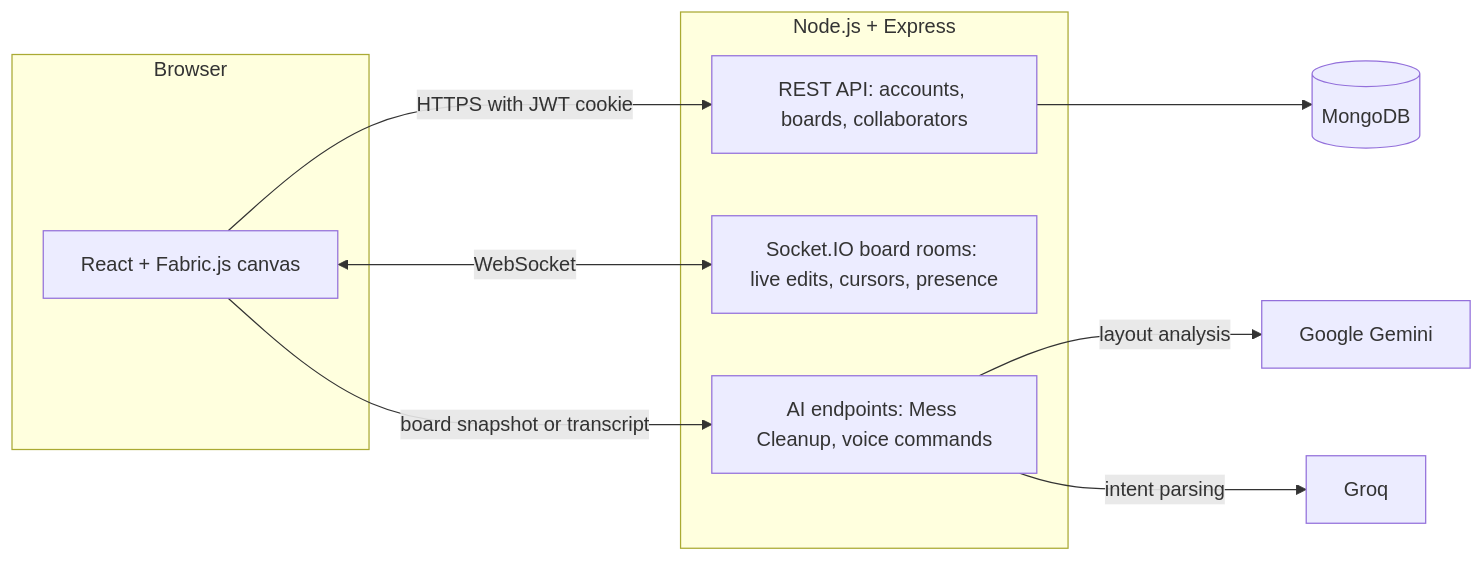
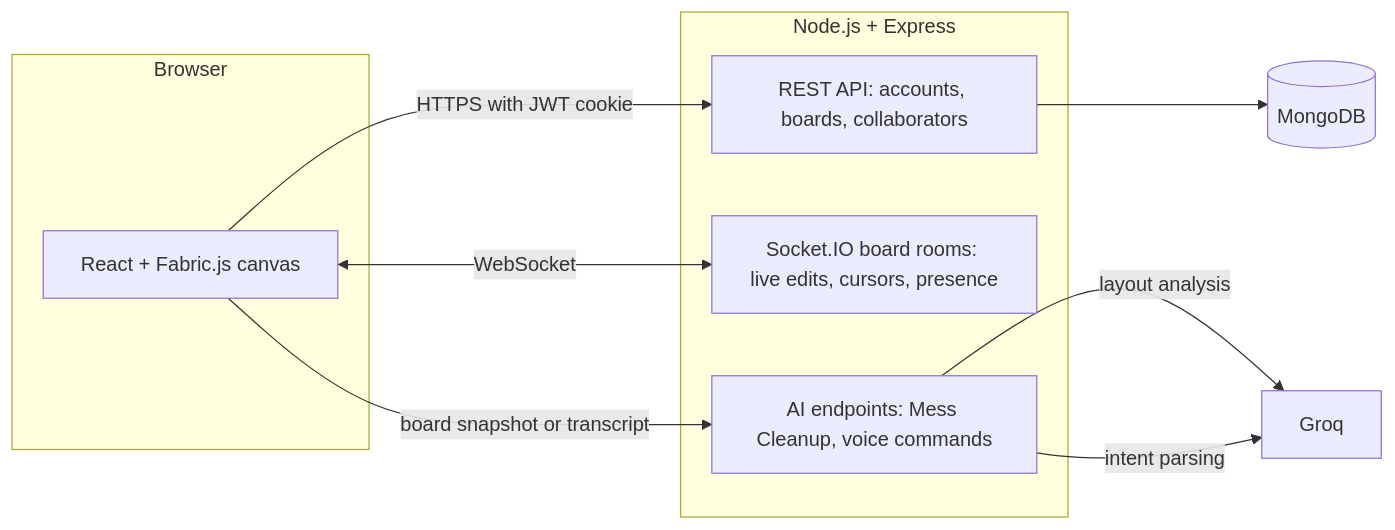
One commit to EXCALIBUR-cmd/Skribe changed the diagram in README.md. Above: the diagram before and after it, drawn with Mermaid. The commit also changed other lines of this file and 4 other files, not shown here.

First line of the commit message:
feat(mess-cleanup): run board analysis on Groq instead of Gemini

````diff
--- a/README.md
+++ b/README.md
@@ -92,17 +92,17 @@
 ```mermaid
 flowchart LR
   subgraph Browser
     UI["React + Fabric.js canvas"]
   end
   subgraph Server["Node.js + Express"]
     API["REST API: accounts, boards, collaborators"]
     RT["Socket.IO board rooms: live edits, cursors, presence"]
     AI["AI endpoints: Mess Cleanup, voice commands"]
   end
   UI -->|"HTTPS with JWT cookie"| API
   UI <-->|"WebSocket"| RT
   UI -->|"board snapshot or transcript"| AI
   API --> DB[("MongoDB")]
-  AI -->|"layout analysis"| Gemini["Google Gemini"]
-  AI -->|"intent parsing"| Groq["Groq"]
+  AI -->|"layout analysis"| Groq["Groq"]
+  AI -->|"intent parsing"| Groq
 ```
````
